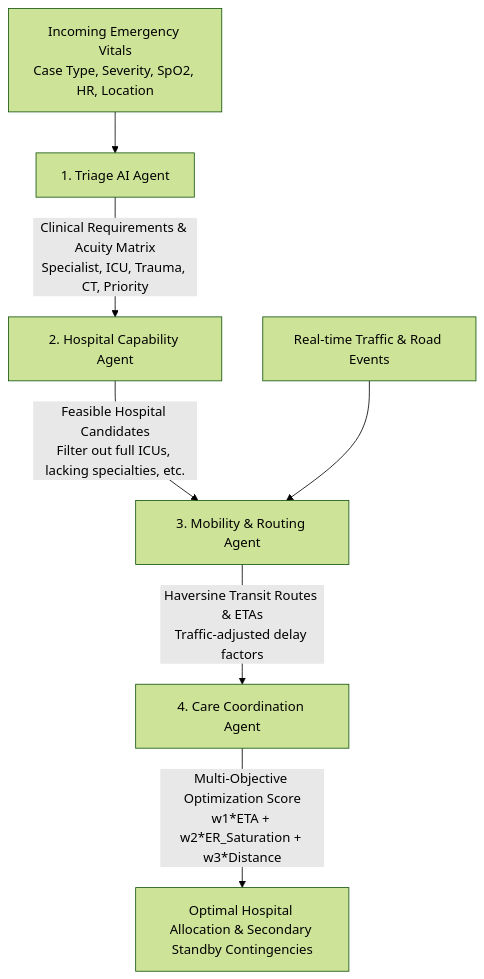
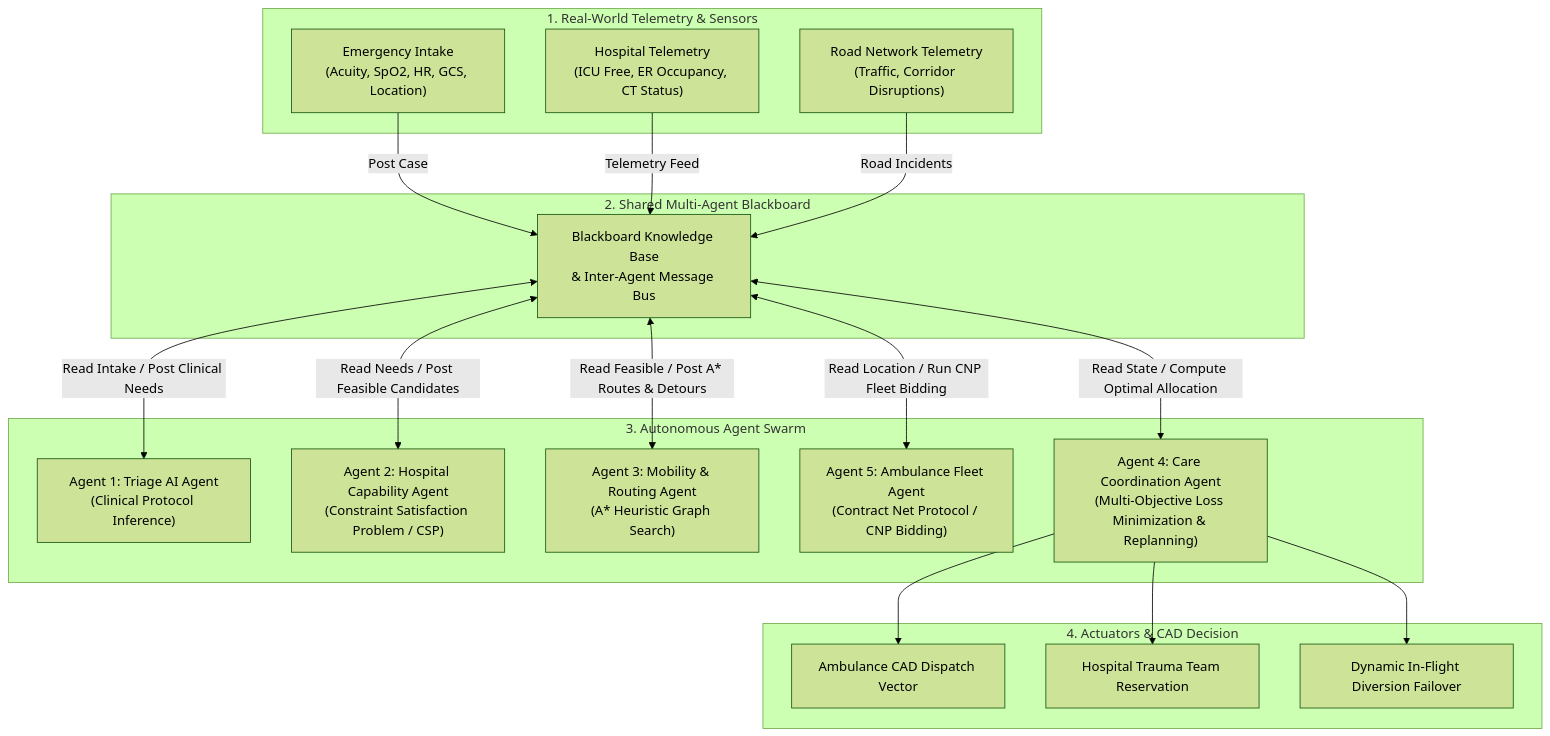
Before and after one commit to Shravanthi20/InTime: the first of 2 diagrams in README.md, drawn with Mermaid (forest theme). The commit also changed other lines of this file and 17 other files, not shown here.

Commit message:
feat(ai-review): complete PEAS formulation, A* heuristic graph search, blackboard architecture, contract net protocol, and automated test suite

````diff
--- a/README.md
+++ b/README.md
@@ -18,9 +19,40 @@
 ```mermaid
 flowchart TD
-    A[Incoming Emergency Vitals\nCase Type, Severity, SpO2, HR, Location] --> B[1. Triage AI Agent]
-    B -->|Clinical Requirements & Acuity Matrix\nSpecialist, ICU, Trauma, CT, Priority| C[2. Hospital Capability Agent]
-    C -->|Feasible Hospital Candidates\nFilter out full ICUs, lacking specialties, etc.| D[3. Mobility & Routing Agent]
-    E[Real-time Traffic & Road Events] --> D
-    D -->|Haversine Transit Routes & ETAs\nTraffic-adjusted delay factors| F[4. Care Coordination Agent]
-    F -->|Multi-Objective Optimization Score\nw1*ETA + w2*ER_Saturation + w3*Distance| G[Optimal Hospital Allocation & Secondary Standby Contingencies]
+    subgraph SENSORS ["1. Real-World Telemetry & Sensors"]
+        P_IN["Emergency Intake\n(Acuity, SpO2, HR, GCS, Location)"]
+        H_IN["Hospital Telemetry\n(ICU Free, ER Occupancy, CT Status)"]
+        T_IN["Road Network Telemetry\n(Traffic, Corridor Disruptions)"]
+    end
+
+    subgraph BLACKBOARD ["2. Shared Multi-Agent Blackboard"]
+        BB["Blackboard Knowledge Base\n& Inter-Agent Message Bus"]
+    end
+
+    subgraph AGENTS ["3. Autonomous Agent Swarm"]
+        A1["Agent 1: Triage AI Agent\n(Clinical Protocol Inference)"]
+        A2["Agent 2: Hospital Capability Agent\n(Constraint Satisfaction Problem / CSP)"]
+        A3["Agent 3: Mobility & Routing Agent\n(A* Heuristic Graph Search)"]
+        A5["Agent 5: Ambulance Fleet Agent\n(Contract Net Protocol / CNP Bidding)"]
+        A4["Agent 4: Care Coordination Agent\n(Multi-Objective Loss Minimization & Replanning)"]
+    end
+
+    subgraph ACTUATORS ["4. Actuators & CAD Decision"]
+        ACT_AMB["Ambulance CAD Dispatch Vector"]
+        ACT_HOSP["Hospital Trauma Team Reservation"]
+        ACT_REPLAN["Dynamic In-Flight Diversion Failover"]
+    end
+
+    P_IN -->|Post Case| BB
+    H_IN -->|Telemetry Feed| BB
+    T_IN -->|Road Incidents| BB
+
+    BB <-->|Read Intake / Post Clinical Needs| A1
+    BB <-->|Read Needs / Post Feasible Candidates| A2
+    BB <-->|Read Feasible / Post A* Routes & Detours| A3
+    BB <-->|Read Location / Run CNP Fleet Bidding| A5
+    BB <-->|Read State / Compute Optimal Allocation| A4
+
+    A4 --> ACT_AMB
+    A4 --> ACT_HOSP
+    A4 --> ACT_REPLAN
 ```
````
